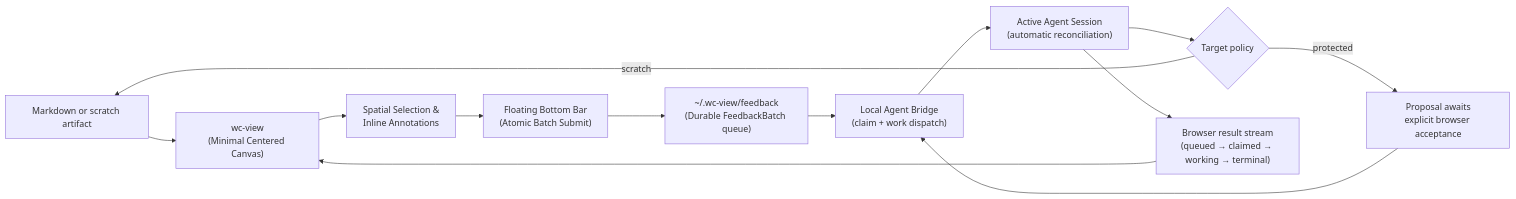
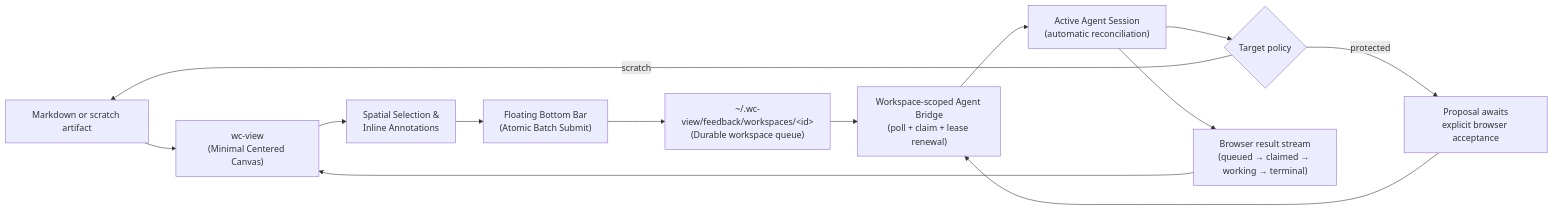
One commit to astrojose/wc-view changed the diagram in docs/design/architecture/wc-view-system-flow.md. Above: the diagram before and after it, drawn with Mermaid. The commit also changed other lines of this file and 24 other files, not shown here.

````diff
--- a/docs/design/architecture/wc-view-system-flow.md
+++ b/docs/design/architecture/wc-view-system-flow.md
@@ -10,15 +10,15 @@
 ```mermaid
 flowchart LR
   M["Markdown or scratch artifact"] --> V["wc-view\n(Minimal Centered Canvas)"]
   V --> S["Spatial Selection &\nInline Annotations"]
   S --> B["Floating Bottom Bar\n(Atomic Batch Submit)"]
-  B --> Q["~/.wc-view/feedback\n(Durable FeedbackBatch queue)"]
-  Q --> G["Local Agent Bridge\n(claim + work dispatch)"]
+  B --> Q["~/.wc-view/feedback/workspaces/&lt;id&gt;\n(Durable workspace queue)"]
+  Q --> G["Workspace-scoped Agent Bridge\n(poll + claim + lease renewal)"]
   G --> A["Active Agent Session\n(automatic reconciliation)"]
   A --> X{"Target policy"}
   X -->|scratch| M
   X -->|protected| P["Proposal awaits\nexplicit browser acceptance"]
   P --> G
   A --> R["Browser result stream\n(queued → claimed → working → terminal)"]
   R --> V
 ```
````
